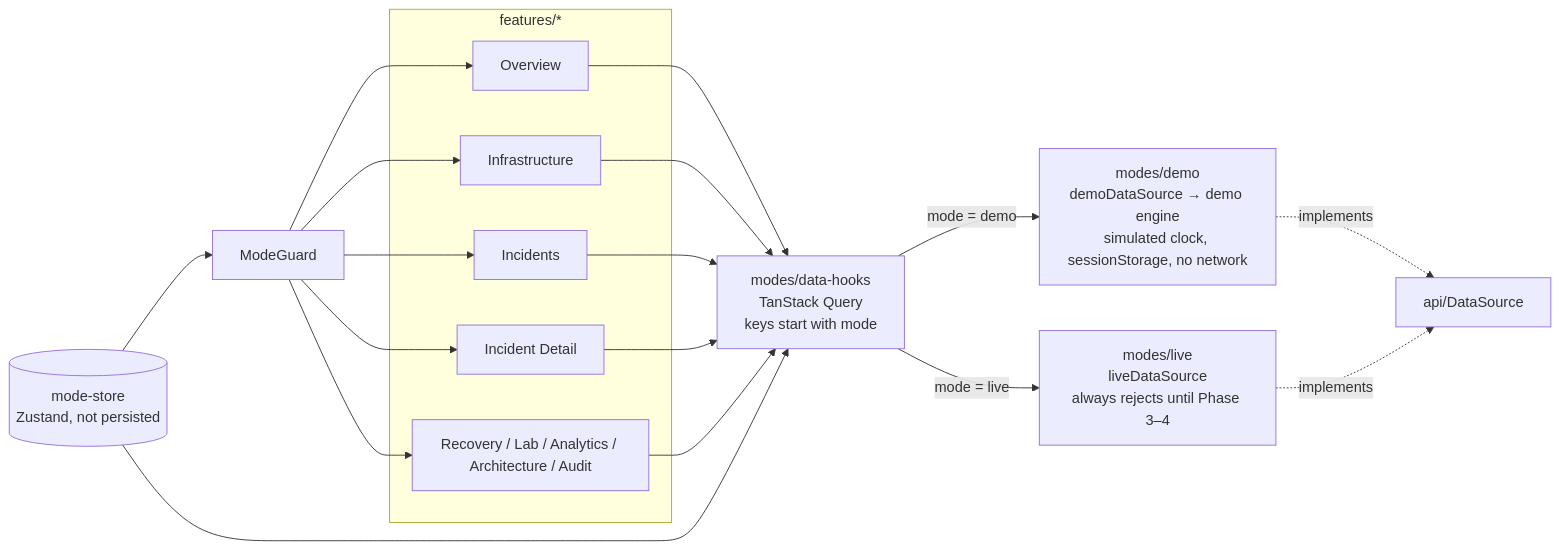
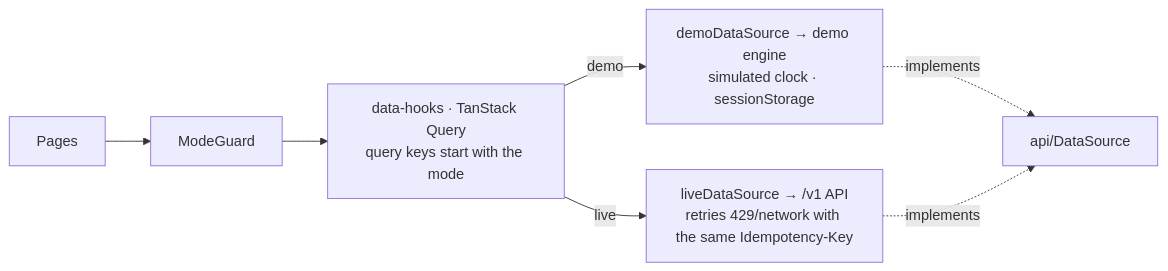
One commit to jervilangelo/opsentra changed the second of 2 diagrams in docs/architecture/overview.md. Above: the diagram before and after it, drawn with Mermaid. The commit also changed other lines of this file and 23 other files, not shown here.

Commit message:
feat: Phase 10 release prep: GitHub Pages workflow, bundle and site checks, docs matching the build, demo video

````diff
--- a/docs/architecture/overview.md
+++ b/docs/architecture/overview.md
@@ -24,14 +68,8 @@
 ```mermaid
 flowchart LR
-  subgraph Pages[features/*]
-    O[Overview] & I[Infrastructure] & L[Incidents] & ID[Incident Detail]
-    R[Recovery / Lab / Analytics / Architecture / Audit]
-  end
-  G[ModeGuard] --> O & I & L & ID & R
-  O & I & L & ID & R --> H[modes/data-hooks<br/>TanStack Query<br/>keys start with mode]
-  H -->|mode = demo| DS[modes/demo<br/>demoDataSource → demo engine<br/>simulated clock, sessionStorage, no network]
-  H -->|mode = live| LS[modes/live<br/>liveDataSource<br/>always rejects until Phase 3–4]
-  DS -. implements .-> API[api/DataSource]
-  LS -. implements .-> API
-  M[(mode-store<br/>Zustand, not persisted)] --> H & G
+  P[Pages] --> G[ModeGuard] --> H[data-hooks · TanStack Query<br/>query keys start with the mode]
+  H -->|demo| DS[demoDataSource → demo engine<br/>simulated clock · sessionStorage]
+  H -->|live| LS[liveDataSource → /v1 API<br/>retries 429/network with the same Idempotency-Key]
+  DS -. implements .-> DSI[api/DataSource]
+  LS -. implements .-> DSI
 ```
````
